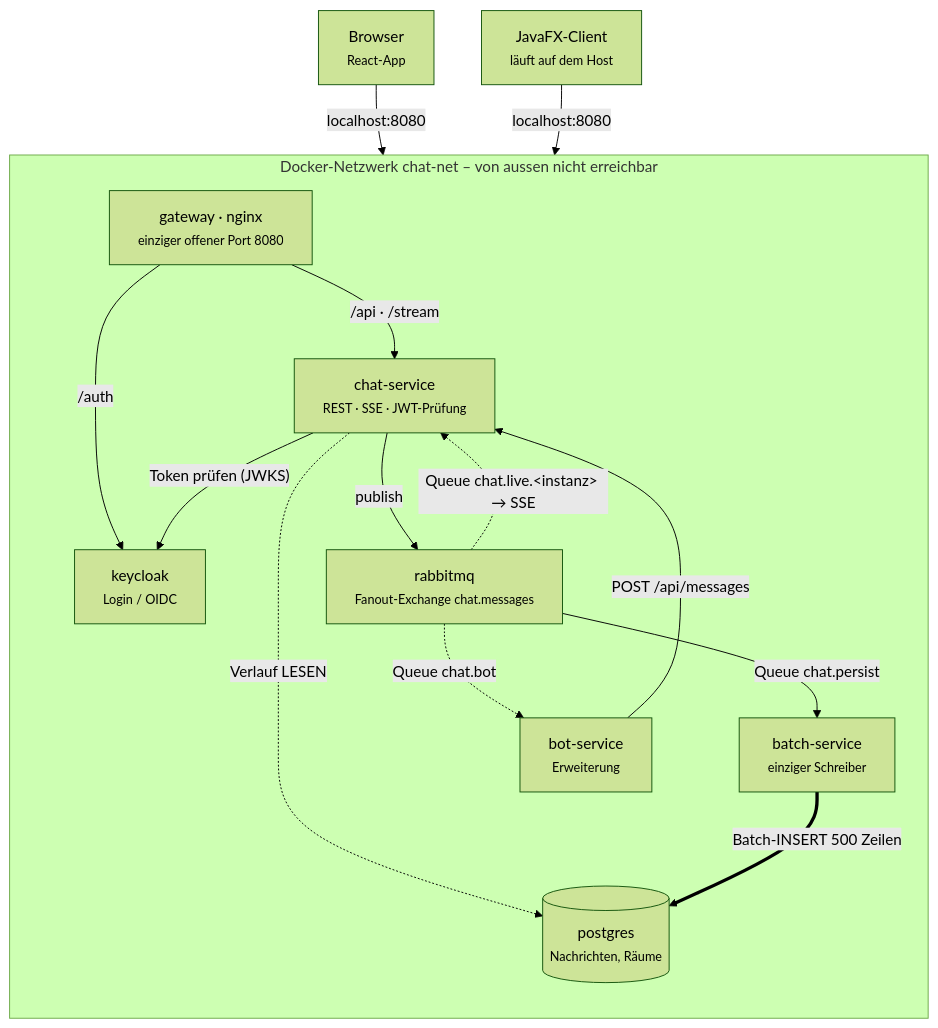
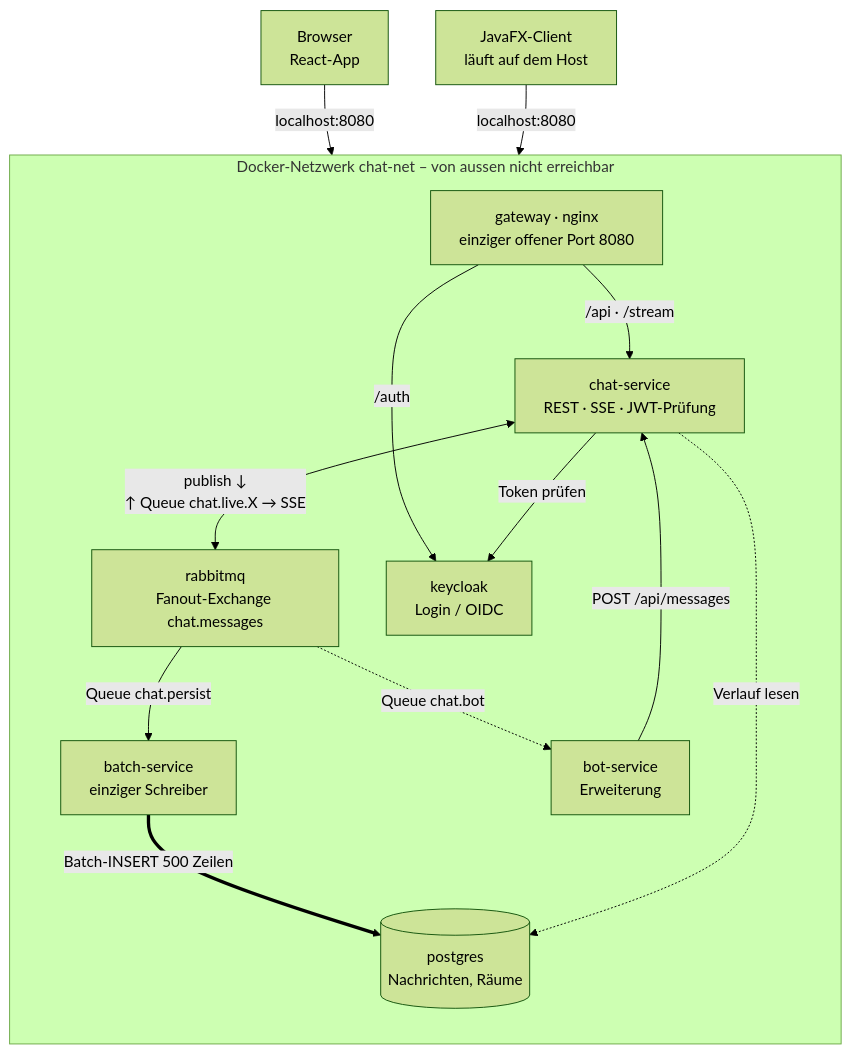
Before and after one commit to kaaaannn/it3b-m321: the first of 2 diagrams in PLANUNG.md, drawn with Mermaid (forest theme). The commit also changed other lines of this file, not shown here.

Commit message:
docs: Komponentendiagramm lesbar gemacht – abgeschnittene Texte und Überlappungen behoben

````diff
--- a/PLANUNG.md
+++ b/PLANUNG.md
@@ -42,30 +42,29 @@
 ```mermaid
 flowchart TB
-  browser["Browser<br/><small>React-App</small>"]
-  fx["JavaFX-Client<br/><small>läuft auf dem Host</small>"]
+  browser["Browser<br/>React-App"]
+  fx["JavaFX-Client<br/>läuft auf dem Host"]
 
   subgraph net["Docker-Netzwerk chat-net – von aussen nicht erreichbar"]
     direction TB
-    gw["gateway · nginx<br/><small>einziger offener Port 8080</small>"]
-    chat["chat-service<br/><small>REST · SSE · JWT-Prüfung</small>"]
-    batch["batch-service<br/><small>einziger Schreiber</small>"]
-    bot["bot-service<br/><small>Erweiterung</small>"]
-    kc["keycloak<br/><small>Login / OIDC</small>"]
-    mq["rabbitmq<br/><small>Fanout-Exchange chat.messages</small>"]
-    db[("postgres<br/><small>Nachrichten, Räume</small>")]
+    gw["gateway · nginx<br/>einziger offener Port 8080"]
+    chat["chat-service<br/>REST · SSE · JWT-Prüfung"]
+    mq["rabbitmq<br/>Fanout-Exchange chat.messages"]
+    batch["batch-service<br/>einziger Schreiber"]
+    bot["bot-service<br/>Erweiterung"]
+    db[("postgres<br/>Nachrichten, Räume")]
+    kc["keycloak<br/>Login / OIDC"]
 
     gw -->|"/api · /stream"| chat
-    gw -->|"/auth"| kc
-    chat -->|"Token prüfen (JWKS)"| kc
-    chat -->|"publish"| mq
-    chat -.->|"Verlauf LESEN"| db
-    mq -.->|"Queue chat.live.&lt;instanz&gt; → SSE"| chat
+    chat <-->|"publish ↓<br/>↑ Queue chat.live.X → SSE"| mq
     mq -->|"Queue chat.persist"| batch
     mq -.->|"Queue chat.bot"| bot
     bot -->|"POST /api/messages"| chat
     batch ==>|"Batch-INSERT 500 Zeilen"| db
+    chat -.->|"Verlauf lesen"| db
+    gw -->|"/auth"| kc
+    chat -->|"Token prüfen"| kc
   end
 
   browser -->|"localhost:8080"| gw
   fx -->|"localhost:8080"| gw
 ```
````
